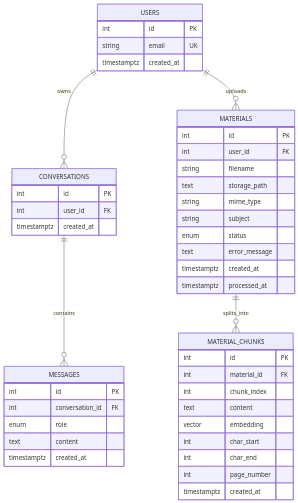
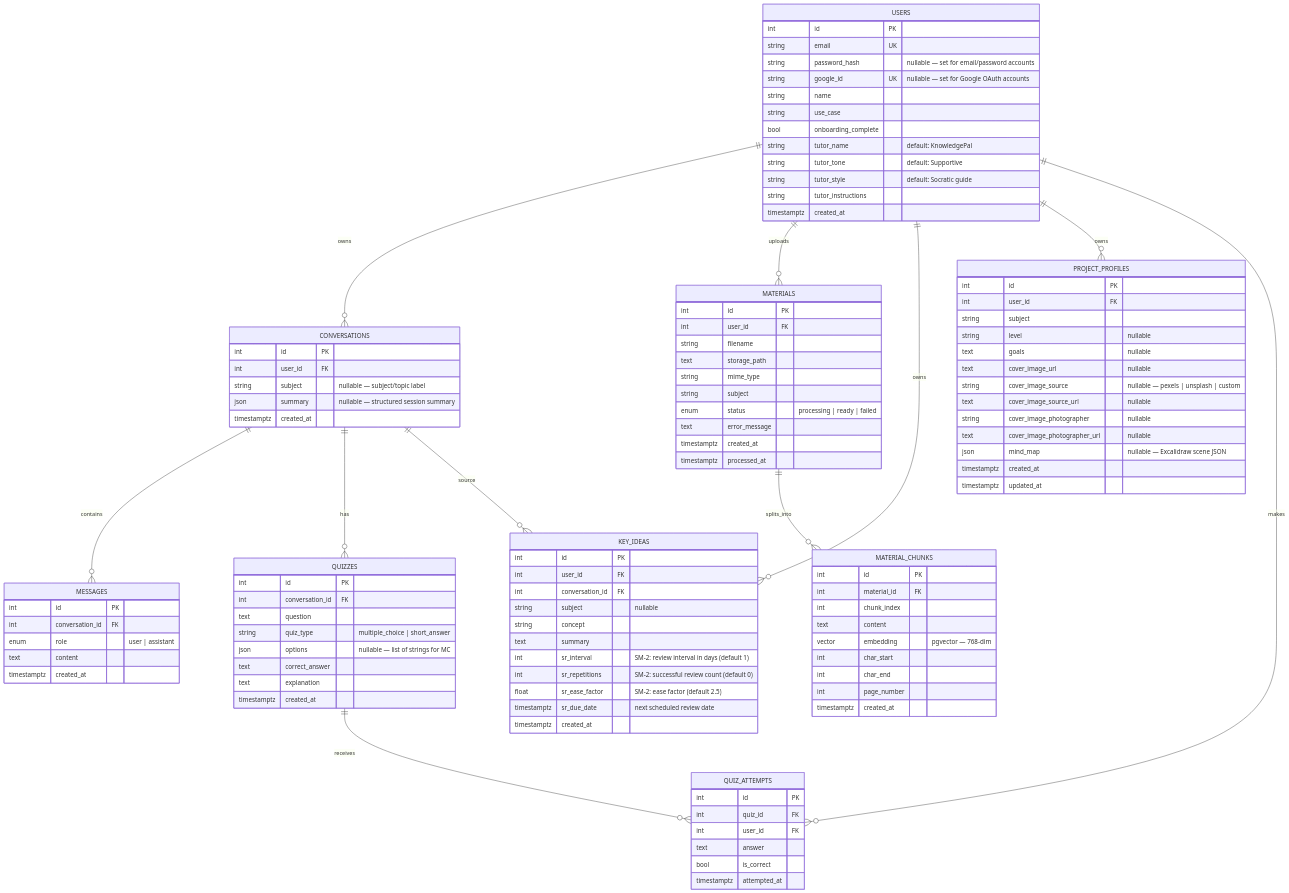
One commit to jitani04/Intelligent-Tutoring-System changed the diagram in DATABASE_SCHEMA.md. Above: the diagram before and after it, drawn with Mermaid. The commit also changed other lines of this file and 61 other files, not shown here.

````diff
--- a/DATABASE_SCHEMA.md
+++ b/DATABASE_SCHEMA.md
@@ -16,25 +22,42 @@
 erDiagram
     USERS ||--o{ CONVERSATIONS : owns
     USERS ||--o{ MATERIALS : uploads
+    USERS ||--o{ KEY_IDEAS : owns
+    USERS ||--o{ PROJECT_PROFILES : owns
+    USERS ||--o{ QUIZ_ATTEMPTS : makes
     CONVERSATIONS ||--o{ MESSAGES : contains
+    CONVERSATIONS ||--o{ QUIZZES : has
+    CONVERSATIONS ||--o{ KEY_IDEAS : source
     MATERIALS ||--o{ MATERIAL_CHUNKS : splits_into
+    QUIZZES ||--o{ QUIZ_ATTEMPTS : receives
 
     USERS {
         int id PK
         string email UK
+        string password_hash "nullable — set for email/password accounts"
+        string google_id UK "nullable — set for Google OAuth accounts"
+        string name
+        string use_case
+        bool onboarding_complete
+        string tutor_name "default: KnowledgePal"
+        string tutor_tone "default: Supportive"
+        string tutor_style "default: Socratic guide"
+        string tutor_instructions
         timestamptz created_at
     }
 
     CONVERSATIONS {
         int id PK
         int user_id FK
+        string subject "nullable — subject/topic label"
+        json summary "nullable — structured session summary"
         timestamptz created_at
     }
 
     MESSAGES {
         int id PK
         int conversation_id FK
-        enum role
+        enum role "user | assistant"
         text content
         timestamptz created_at
     }
@@ -46,7 +69,7 @@
         text storage_path
         string mime_type
         string subject
-        enum status
+        enum status "processing | ready | failed"
         text error_message
         timestamptz created_at
         timestamptz processed_at
@@ -57,10 +80,60 @@
         int material_id FK
         int chunk_index
         text content
-        vector embedding
+        vector embedding "pgvector — 768-dim"
         int char_start
         int char_end
         int page_number
         timestamptz created_at
     }
+
+    QUIZZES {
+        int id PK
+        int conversation_id FK
+        text question
+        string quiz_type "multiple_choice | short_answer"
+        json options "nullable — list of strings for MC"
+        text correct_answer
+        text explanation
+        timestamptz created_at
+    }
+
+    QUIZ_ATTEMPTS {
+        int id PK
+        int quiz_id FK
+        int user_id FK
+        text answer
+        bool is_correct
+        timestamptz attempted_at
+    }
+
+    KEY_IDEAS {
+        int id PK
+        int user_id FK
+        int conversation_id FK
+        string subject "nullable"
+        string concept
+        text summary
+        int sr_interval "SM-2: review interval in days (default 1)"
+        int sr_repetitions "SM-2: successful review count (default 0)"
+        float sr_ease_factor "SM-2: ease factor (default 2.5)"
+        timestamptz sr_due_date "next scheduled review date"
+        timestamptz created_at
+    }
+
+    PROJECT_PROFILES {
+        int id PK
+        int user_id FK
+        string subject
+        string level "nullable"
+        text goals "nullable"
+        text cover_image_url "nullable"
+        string cover_image_source "nullable — pexels | unsplash | custom"
+        text cover_image_source_url "nullable"
+        string cover_image_photographer "nullable"
+        text cover_image_photographer_url "nullable"
+        json mind_map "nullable — Excalidraw scene JSON"
+        timestamptz created_at
+        timestamptz updated_at
+    }
 ```
````
